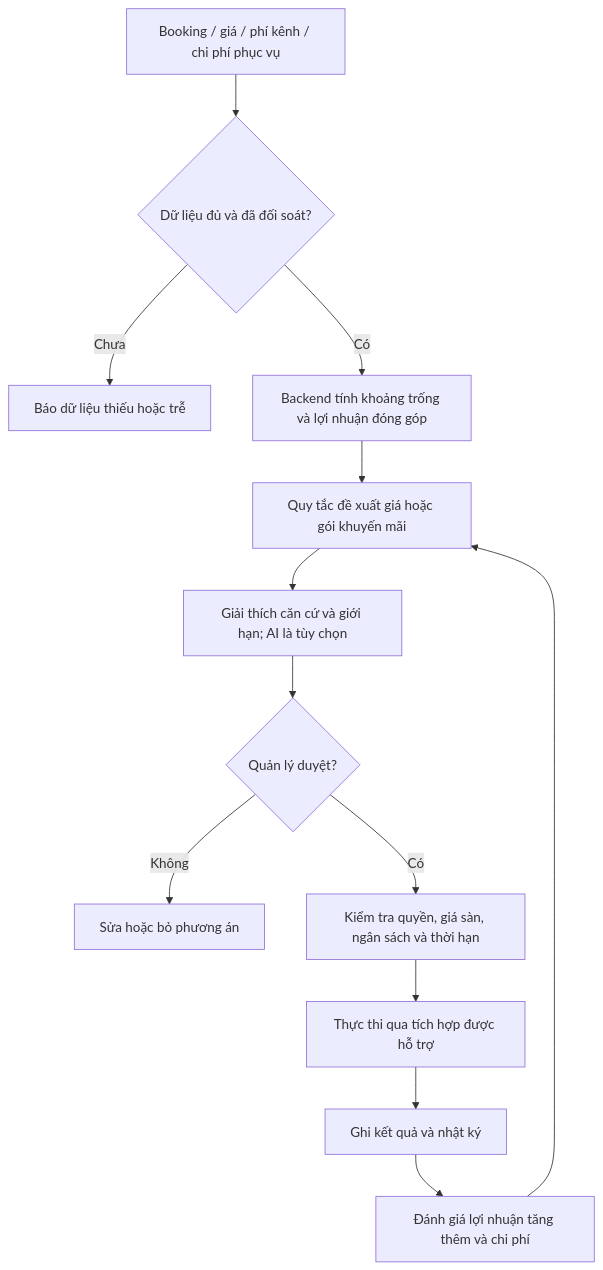
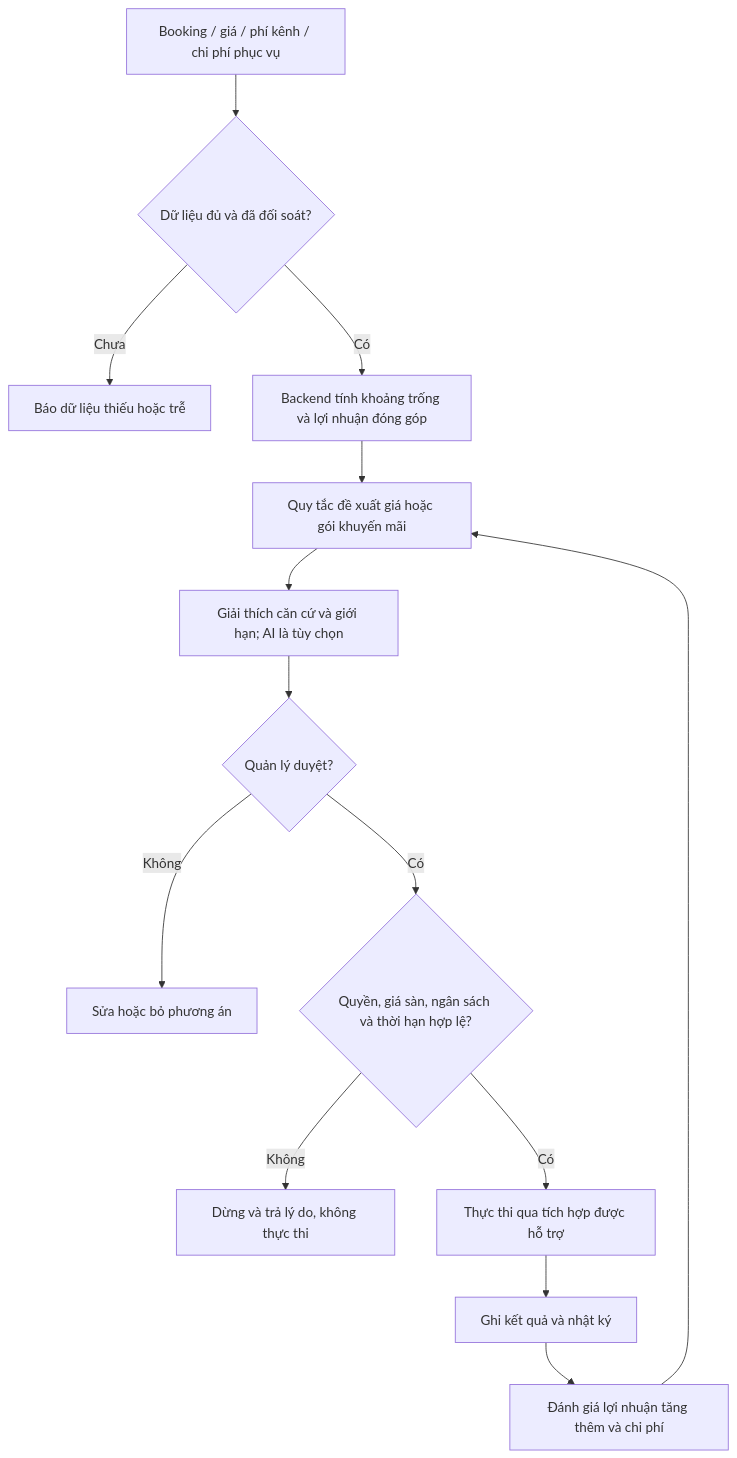
The diagram in resort-management/docs/diagrams/05-revenue-workflow.md (utne1991/utne1991), drawn with Mermaid before and after one commit. The commit also changed 20 other files, not shown here.

````diff
--- a/resort-management/docs/diagrams/05-revenue-workflow.md
+++ b/resort-management/docs/diagrams/05-revenue-workflow.md
@@ -5,15 +5,16 @@
 ```mermaid
 flowchart TD
     DATA[Booking / giá / phí kênh / chi phí phục vụ] --> QUALITY{Dữ liệu đủ và đã đối soát?}
     QUALITY -->|Chưa| MISSING[Báo dữ liệu thiếu hoặc trễ]
     QUALITY -->|Có| CALC[Backend tính khoảng trống và lợi nhuận đóng góp]
     CALC --> RULE[Quy tắc đề xuất giá hoặc gói khuyến mãi]
     RULE --> EXPLAIN[Giải thích căn cứ và giới hạn; AI là tùy chọn]
     EXPLAIN --> REVIEW{Quản lý duyệt?}
     REVIEW -->|Không| EDIT[Sửa hoặc bỏ phương án]
-    REVIEW -->|Có| GUARD[Kiểm tra quyền, giá sàn, ngân sách và thời hạn]
-    GUARD --> EXECUTE[Thực thi qua tích hợp được hỗ trợ]
+    REVIEW -->|Có| GUARD{Quyền, giá sàn, ngân sách và thời hạn hợp lệ?}
+    GUARD -->|Không| STOP[Dừng và trả lý do, không thực thi]
+    GUARD -->|Có| EXECUTE[Thực thi qua tích hợp được hỗ trợ]
     EXECUTE --> LOG[Ghi kết quả và nhật ký]
     LOG --> EVALUATE[Đánh giá lợi nhuận tăng thêm và chi phí]
     EVALUATE --> RULE
 ```
````
